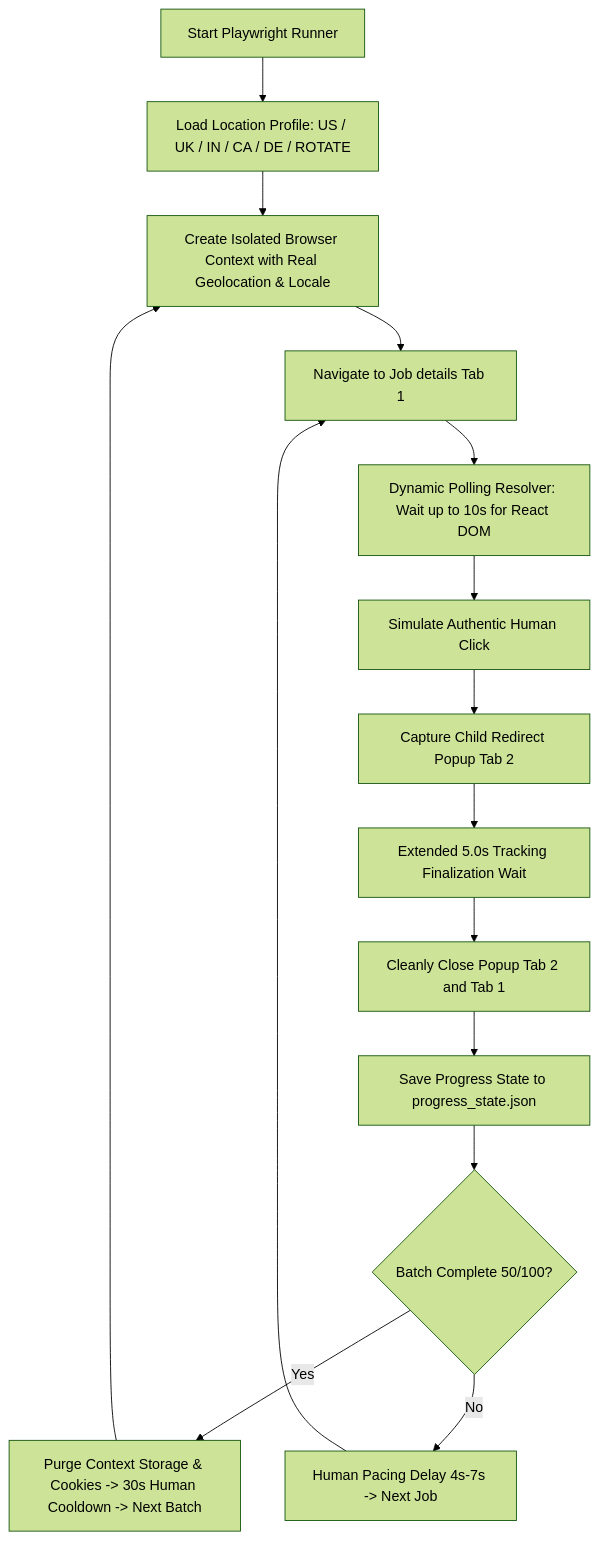
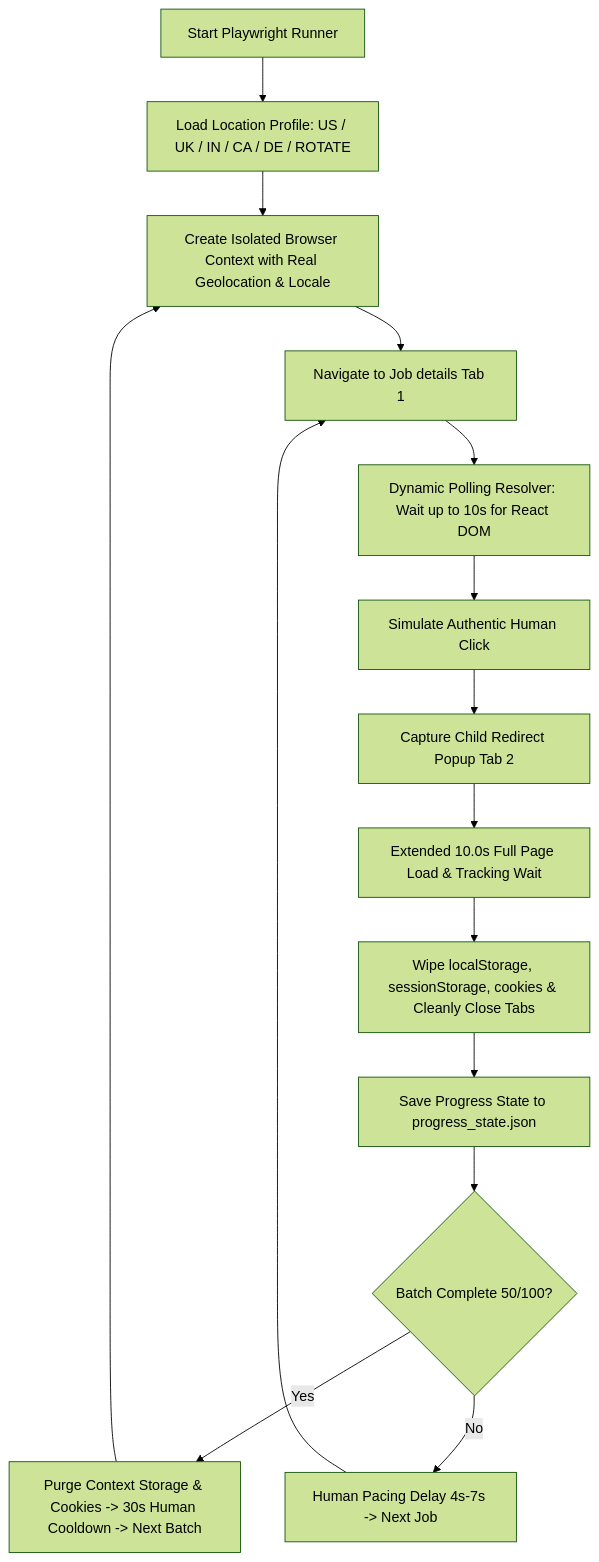
One commit to Naman-mahi/zero-footprint changed the diagram in docs/playwright-runner.md. Above: the diagram before and after it, drawn with Mermaid (forest theme). The commit also changed 4 other files, not shown here.

````diff
--- a/docs/playwright-runner.md
+++ b/docs/playwright-runner.md
@@ -9,17 +9,17 @@
 ```mermaid
 flowchart TD
     A[Start Playwright Runner] --> B[Load Location Profile: US / UK / IN / CA / DE / ROTATE]
     B --> C[Create Isolated Browser Context with Real Geolocation & Locale]
     C --> D[Navigate to Job details Tab 1]
     D --> E[Dynamic Polling Resolver: Wait up to 10s for React DOM]
     E --> F[Simulate Authentic Human Click]
     F --> G[Capture Child Redirect Popup Tab 2]
-    G --> H[Extended 5.0s Tracking Finalization Wait]
-    H --> I[Cleanly Close Popup Tab 2 and Tab 1]
+    G --> H[Extended 10.0s Full Page Load & Tracking Wait]
+    H --> I[Wipe localStorage, sessionStorage, cookies & Cleanly Close Tabs]
     I --> J[Save Progress State to progress_state.json]
     J --> K{Batch Complete 50/100?}
     K -->|Yes| L[Purge Context Storage & Cookies -> 30s Human Cooldown -> Next Batch]
     K -->|No| M[Human Pacing Delay 4s-7s -> Next Job]
     L --> C
     M --> D
 ```
````
